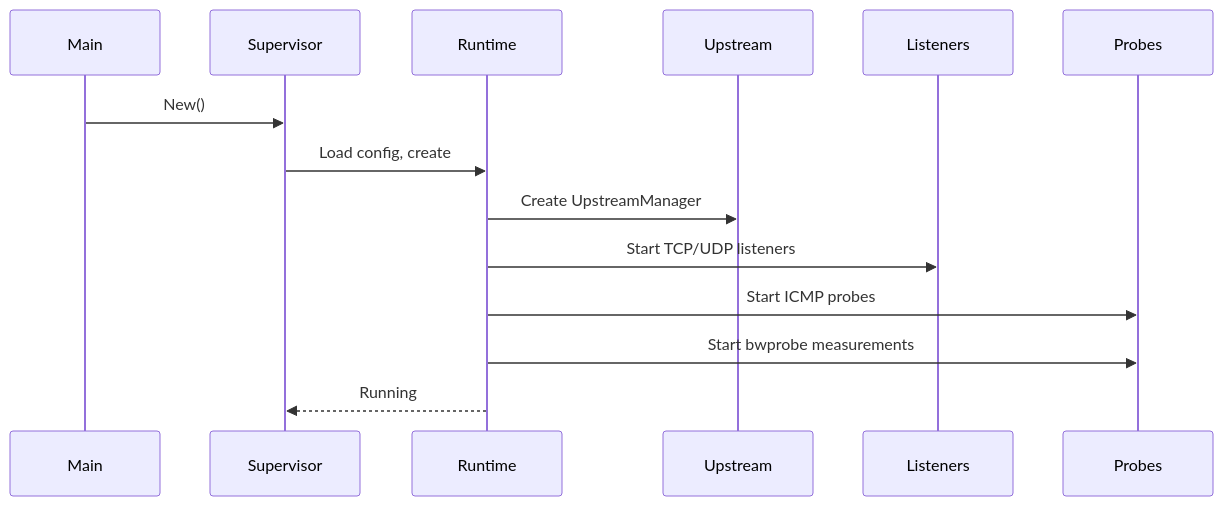
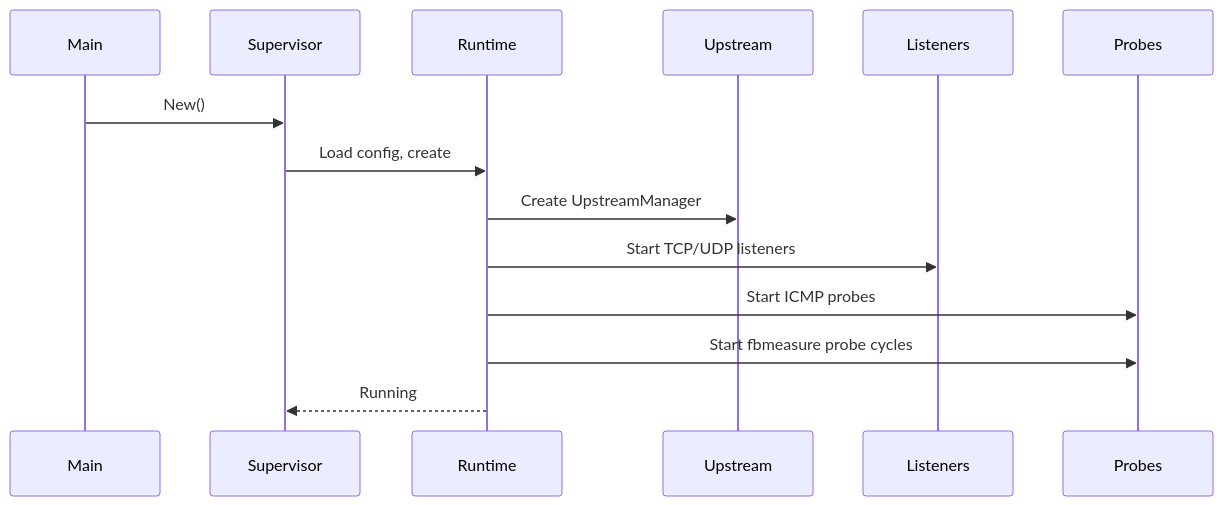
Before and after one commit to NodePath81/fbforward: the third of 3 diagrams in doc/project-overview.md, drawn with Mermaid. The commit also changed other lines of this file and 5 other files, not shown here.

````diff
--- a/doc/project-overview.md
+++ b/doc/project-overview.md
@@ -186,17 +198,17 @@
 ```mermaid
 sequenceDiagram
     participant Main
     participant Supervisor
     participant Runtime
     participant Upstream
     participant Listeners
     participant Probes
 
     Main->>Supervisor: New()
     Supervisor->>Runtime: Load config, create
     Runtime->>Upstream: Create UpstreamManager
     Runtime->>Listeners: Start TCP/UDP listeners
     Runtime->>Probes: Start ICMP probes
-    Runtime->>Probes: Start bwprobe measurements
+    Runtime->>Probes: Start fbmeasure probe cycles
     Runtime-->>Supervisor: Running
 ```
````
